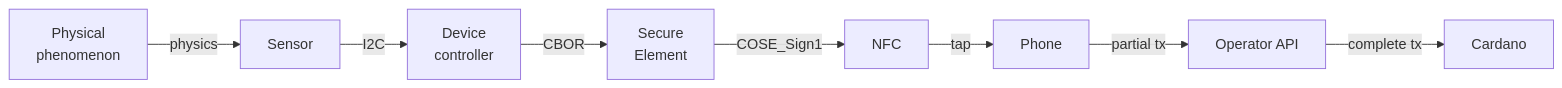
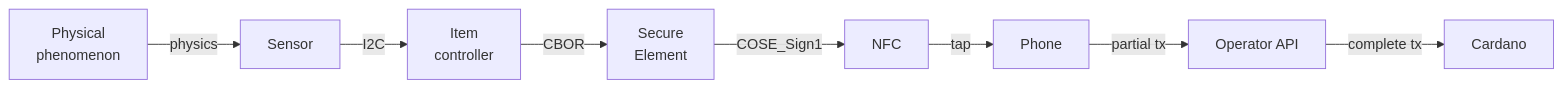
One commit to lambdasistemi/eu-digital-product-passport changed the fourth of 4 diagrams in docs/cardano/signed-readings.md. Above: the diagram before and after it, drawn with Mermaid. The commit also changed other lines of this file, not shown here.

Commit message:
feat: refined protocol — item/reporter leaves, no-wallet user, operator tokens, assignment lifecycle

````diff
--- a/docs/cardano/signed-readings.md
+++ b/docs/cardano/signed-readings.md
@@ -249,10 +293,10 @@
 ```mermaid
 graph LR
     A[Physical<br/>phenomenon] -->|physics| B[Sensor]
-    B -->|I2C| C[Device<br/>controller]
+    B -->|I2C| C[Item<br/>controller]
     C -->|CBOR| D[Secure<br/>Element]
     D -->|COSE_Sign1| E[NFC]
     E -->|tap| F[Phone]
     F -->|partial tx| G[Operator API]
     G -->|complete tx| H[Cardano]
 ```
````
